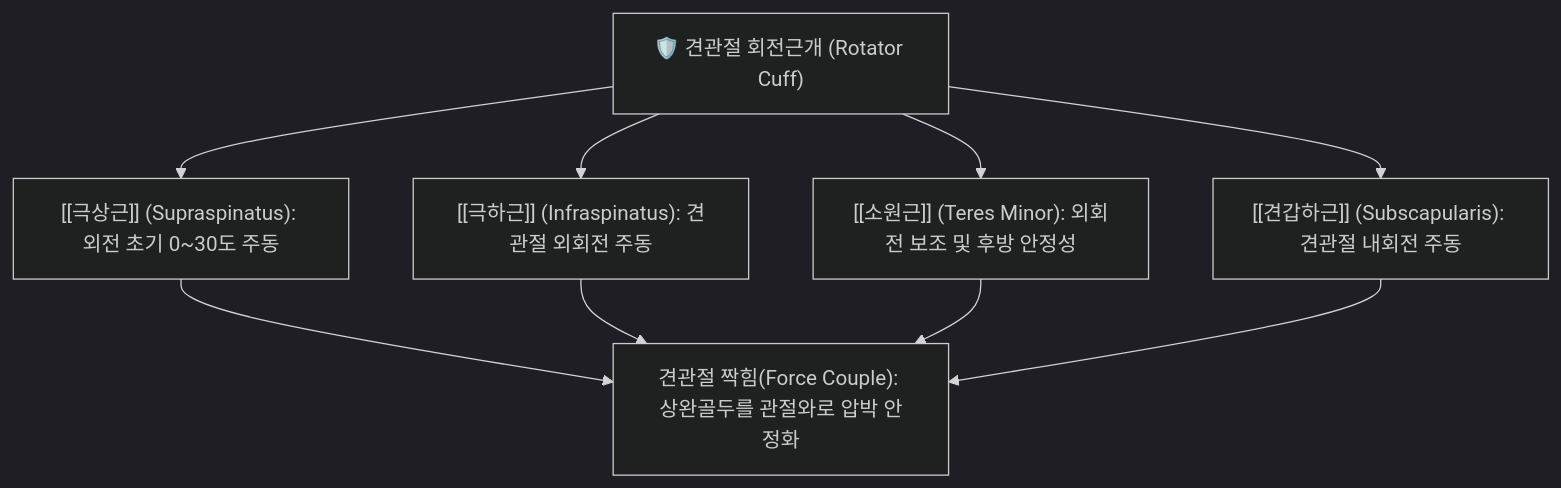
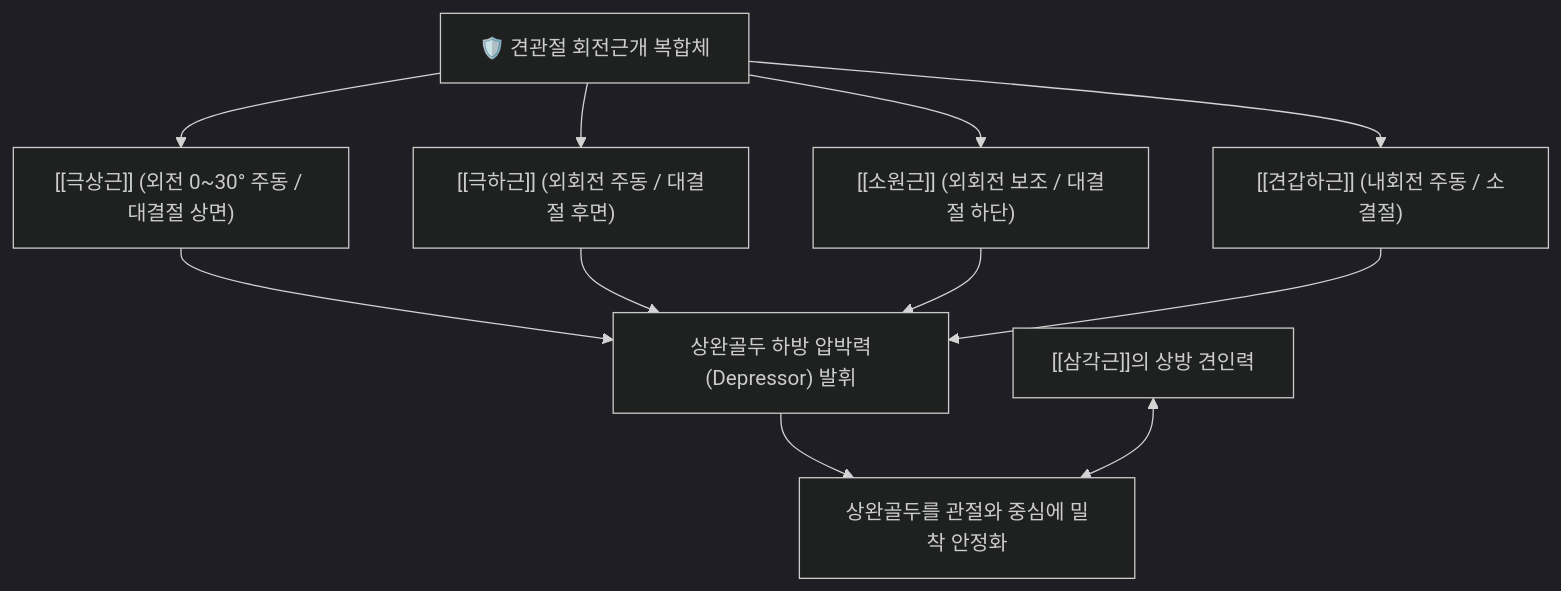
The diagram in content/3. 이론 공부/질환/근골격계 질환/흉부(+어깨)/회전근개 파열.md (simbio11/simbio-digital-garden2), drawn with Mermaid (dark theme) before and after one commit. The commit also changed other lines of this file and 57 other files, not shown here.

````diff
--- a/content/3. 이론 공부/질환/근골격계 질환/흉부(+어깨)/회전근개 파열.md
+++ b/content/3. 이론 공부/질환/근골격계 질환/흉부(+어깨)/회전근개 파열.md
@@ -21,11 +36,13 @@
 ```mermaid
 graph TD
-    RC["🛡️ 견관절 회전근개 (Rotator Cuff)"] --> SS["[[극상근]] (Supraspinatus): 외전 초기 0~30도 주동"]
-    RC --> IS["[[극하근]] (Infraspinatus): 견관절 외회전 주동"]
-    RC --> TM["[[소원근]] (Teres Minor): 외회전 보조 및 후방 안정성"]
-    RC --> Sub["[[견갑하근]] (Subscapularis): 견관절 내회전 주동"]
-    SS --> Cup["견관절 짝힘(Force Couple): 상완골두를 관절와로 압박 안정화"]
-    IS --> Cup
-    TM --> Cup
-    Sub --> Cup
+    RC["🛡️ 견관절 회전근개 복합체"] --> SS["[[극상근]] (외전 0~30° 주동 / 대결절 상면)"]
+    RC --> IS["[[극하근]] (외회전 주동 / 대결절 후면)"]
+    RC --> TM["[[소원근]] (외회전 보조 / 대결절 하단)"]
+    RC --> Sub["[[견갑하근]] (내회전 주동 / 소결절)"]
+    SS --> Couple["상완골두 하방 압박력(Depressor) 발휘"]
+    IS --> Couple
+    TM --> Couple
+    Sub --> Couple
+    Couple --> Centering["상완골두를 관절와 중심에 밀착 안정화"]
+    Deltoid["[[삼각근]]의 상방 견인력"] <--> Centering
 ```
````
